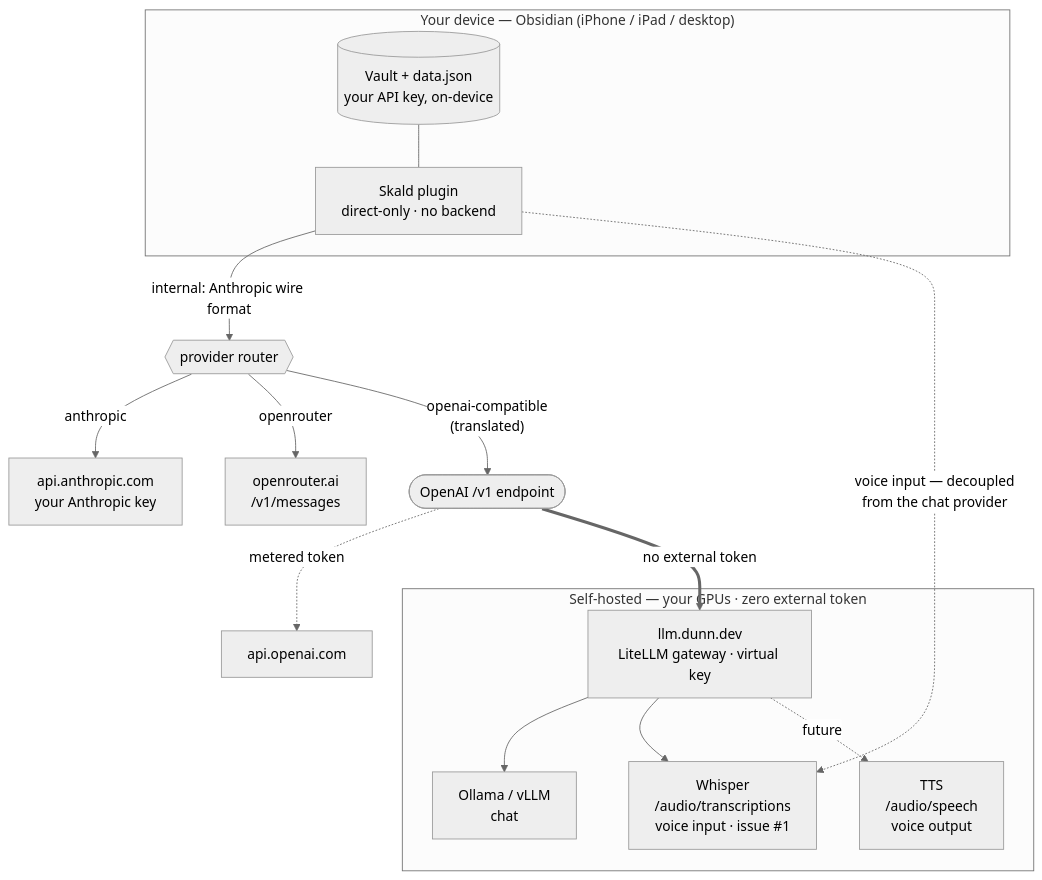
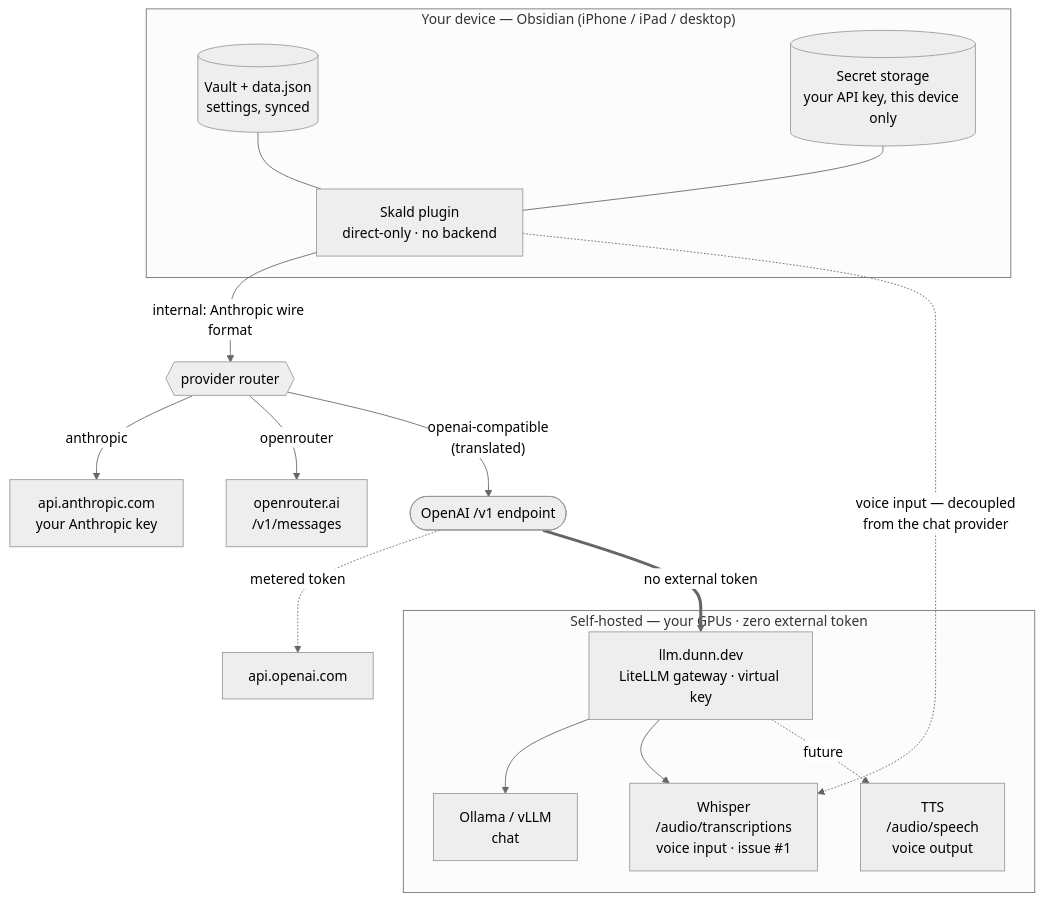
One commit to andrewdunndev/skald.md changed the diagram in docs/architecture.md. Above: the diagram before and after it, drawn with Mermaid (neutral theme). The commit also changed other lines of this file and 45 other files, not shown here.

First line of the commit message:
feat(plugin): keep API keys only in Obsidian secret storage

````diff
--- a/docs/architecture.md
+++ b/docs/architecture.md
@@ -11,25 +11,27 @@
 ```mermaid
 flowchart TB
   subgraph DEVICE["Your device — Obsidian (iPhone / iPad / desktop)"]
-    VAULT[("Vault + data.json<br/>your API key, on-device")]
+    VAULT[("Vault + data.json<br/>settings, synced")]
+    KEYS[("Secret storage<br/>your API key, this device only")]
     SKALD["Skald plugin<br/>direct-only · no backend"]
     VAULT --- SKALD
+    KEYS --- SKALD
   end
 
   SKALD -->|"internal: Anthropic wire format"| PROV{{"provider router"}}
   PROV -->|anthropic| ANTH["api.anthropic.com<br/>your Anthropic key"]
   PROV -->|openrouter| OR["openrouter.ai<br/>/v1/messages"]
   PROV -->|"openai-compatible<br/>(translated)"| OAI(["OpenAI /v1 endpoint"])
 
   OAI -. "metered token" .-> OPENAI["api.openai.com"]
   OAI == "no external token" ==> GW
 
   subgraph SELFHOST["Self-hosted — your GPUs · zero external token"]
     GW["llm.dunn.dev<br/>LiteLLM gateway · virtual key"]
     GW --> CHAT["Ollama / vLLM<br/>chat"]
     GW --> STT["Whisper<br/>/audio/transcriptions<br/>voice input · issue #1"]
     GW -. future .-> TTSV["TTS<br/>/audio/speech<br/>voice output"]
   end
 
   SKALD -. "voice input — decoupled<br/>from the chat provider" .-> STT
 ```
````
